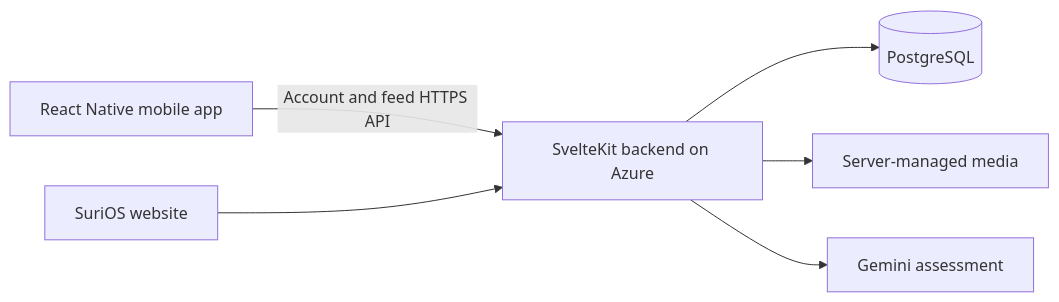
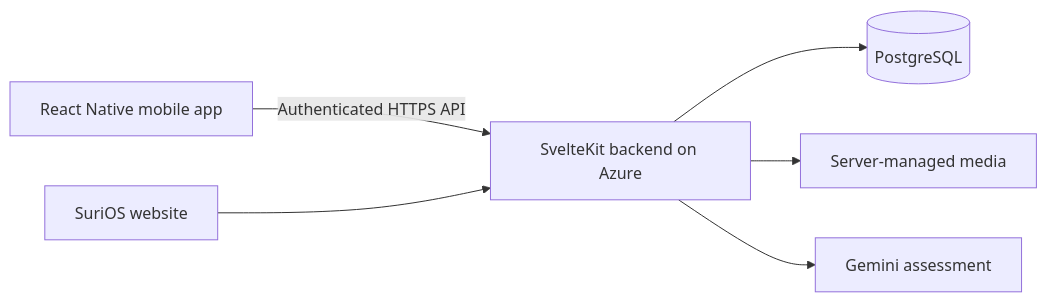
The diagram in README.md (Auvryy/surios-ai-app), drawn with Mermaid before and after one commit. The commit also changed other lines of this file and 6 other files, not shown here.

Commit message:
docs: describe mobile mapping reporting and architecture

````diff
--- a/README.md
+++ b/README.md
@@ -150,8 +156,8 @@
 ```mermaid
 flowchart LR
-    Mobile[React Native mobile app] -->|Account and feed HTTPS API| Azure[SvelteKit backend on Azure]
+    Mobile[React Native mobile app] -->|Authenticated HTTPS API| Azure[SvelteKit backend on Azure]
     Web[SuriOS website] --> Azure
     Azure --> DB[(PostgreSQL)]
     Azure --> Media[Server-managed media]
     Azure --> AI[Gemini assessment]
 ```
````
